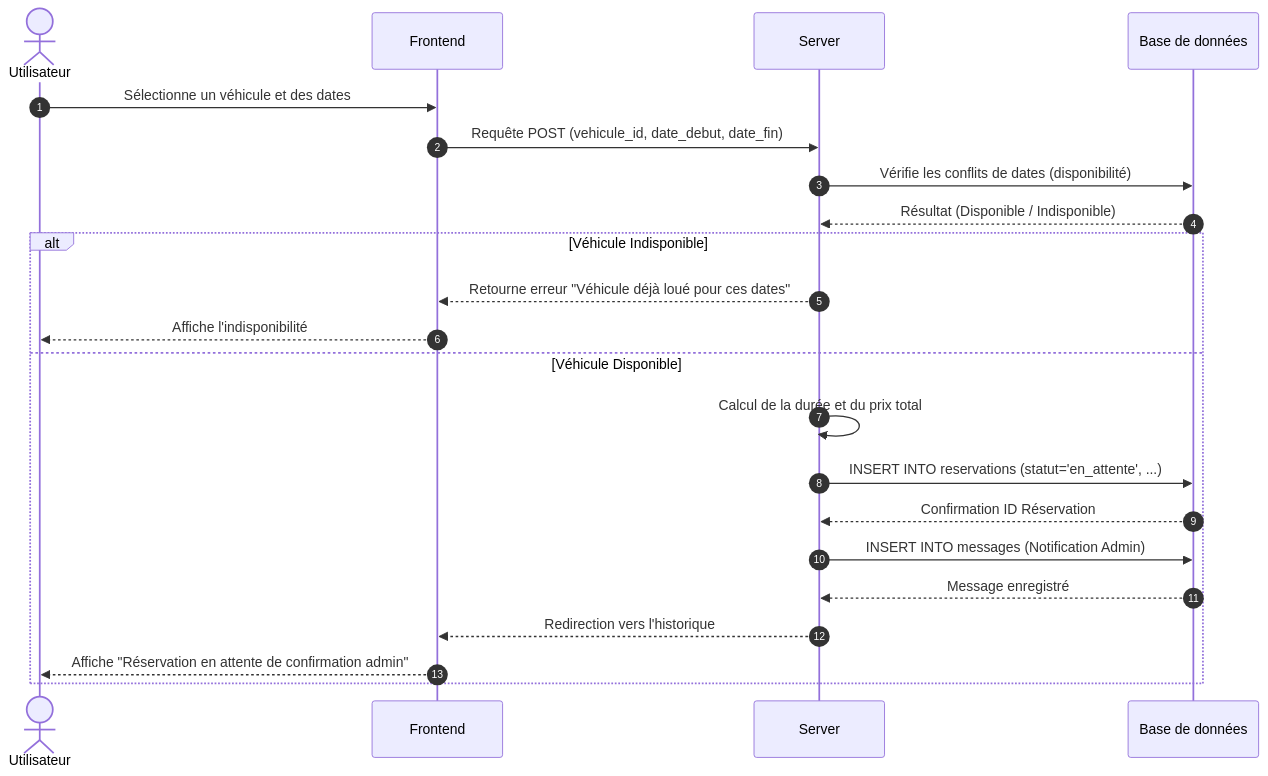
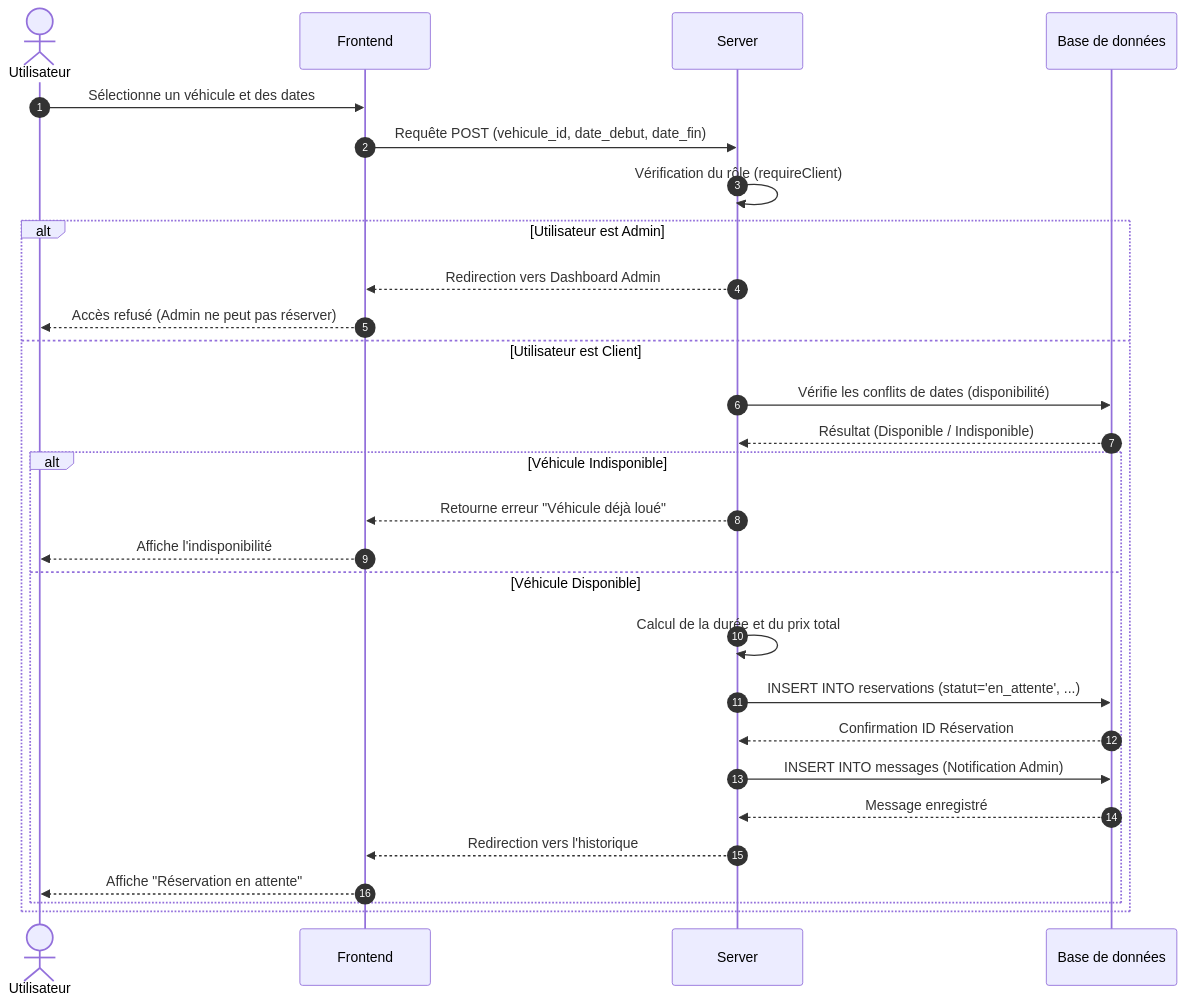
Before and after one commit to ismael0404/auto-partage: the third of 5 diagrams in diagrammes/sequence.md, drawn with Mermaid. The commit also changed 4 other files, not shown here.

````diff
--- a/diagrammes/sequence.md
+++ b/diagrammes/sequence.md
@@ -78,29 +78,36 @@
 ```mermaid
 sequenceDiagram
     autonumber
     actor U as Utilisateur
     participant F as Frontend
     participant S as Server
     participant B as Base de données
 
     U->>F: Sélectionne un véhicule et des dates
     F->>S: Requête POST (vehicule_id, date_debut, date_fin)
     
-    S->>B: Vérifie les conflits de dates (disponibilité)
-    B-->>S: Résultat (Disponible / Indisponible)
+    S->>S: Vérification du rôle (requireClient)
 
-    alt Véhicule Indisponible
-        S-->>F: Retourne erreur "Véhicule déjà loué pour ces dates"
-        F-->>U: Affiche l'indisponibilité
-    else Véhicule Disponible
-        S->>S: Calcul de la durée et du prix total
-        S->>B: INSERT INTO reservations (statut='en_attente', ...)
-        B-->>S: Confirmation ID Réservation
-        
-        S->>B: INSERT INTO messages (Notification Admin)
-        B-->>S: Message enregistré
-        
-        S-->>F: Redirection vers l'historique
-        F-->>U: Affiche "Réservation en attente de confirmation admin"
+    alt Utilisateur est Admin
+        S-->>F: Redirection vers Dashboard Admin
+        F-->>U: Accès refusé (Admin ne peut pas réserver)
+    else Utilisateur est Client
+        S->>B: Vérifie les conflits de dates (disponibilité)
+        B-->>S: Résultat (Disponible / Indisponible)
+
+        alt Véhicule Indisponible
+            S-->>F: Retourne erreur "Véhicule déjà loué"
+            F-->>U: Affiche l'indisponibilité
+        else Véhicule Disponible
+            S->>S: Calcul de la durée et du prix total
+            S->>B: INSERT INTO reservations (statut='en_attente', ...)
+            B-->>S: Confirmation ID Réservation
+            
+            S->>B: INSERT INTO messages (Notification Admin)
+            B-->>S: Message enregistré
+            
+            S-->>F: Redirection vers l'historique
+            F-->>U: Affiche "Réservation en attente"
+        end
     end
 ```
````
